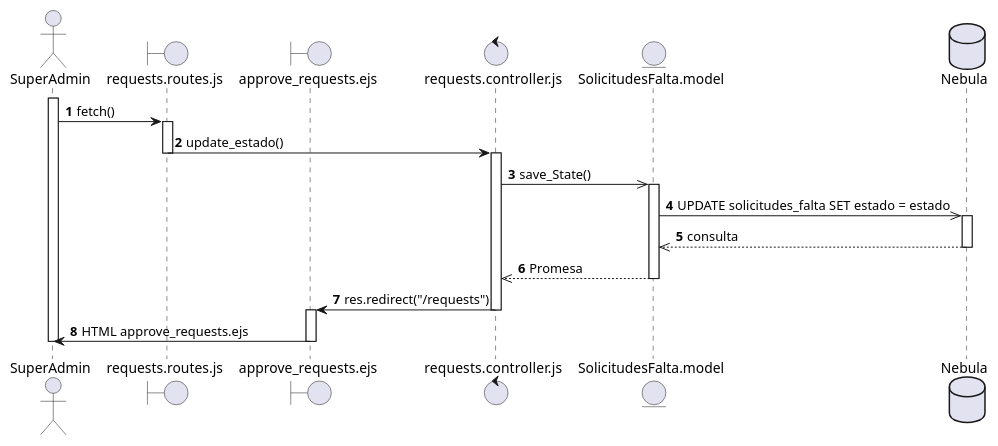
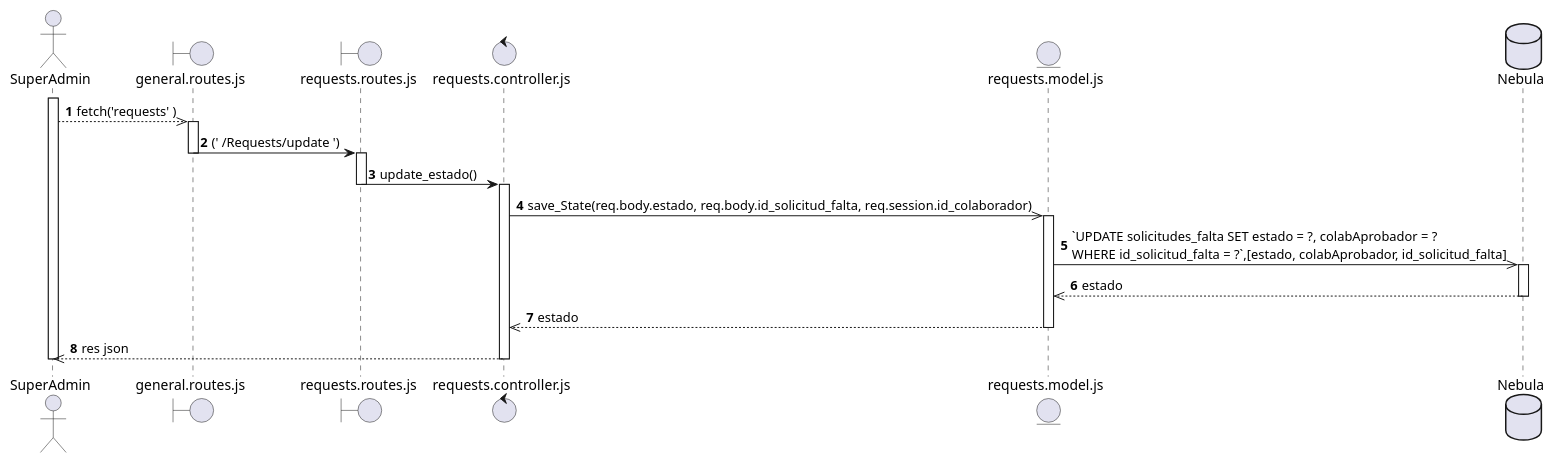
The diagram in diagramas_secuencia/req27.puml (SALV19/Nebula_tc2005b), drawn with PlantUML before and after one commit. The commit also changed 10 other files, not shown here.

```diff
--- a/diagramas_secuencia/req27.puml
+++ b/diagramas_secuencia/req27.puml
@@ -1,39 +1,39 @@
 @startuml REQ_27 SuperAdmin registra aprobación de falta
 autonumber
 actor SuperAdmin as S
+boundary general.routes.js as gr
 boundary requests.routes.js as SRoute
-' boundary general.routes.js as gr
-boundary approve_requests.ejs as Requests
 control requests.controller.js as SController
-entity SolicitudesFalta.model as SModel
+entity requests.model.js as SModel
 database Nebula as db
 
 ' ---- APROBAR SOLICITUD ----
 activate S
-S -> SRoute : fetch()
+S -->> gr : fetch('requests' )
+
+activate gr
+gr -> SRoute : (' /Requests/update ')
+deactivate gr 
+
 
 activate SRoute
 SRoute -> SController : update_estado()
 deactivate SRoute
 
 activate SController 
-SController ->> SModel : save_State()
+SController ->> SModel : save_State(req.body.estado, req.body.id_solicitud_falta, req.session.id_colaborador)
 
 activate SModel
-SModel ->> db : UPDATE solicitudes_falta SET estado = estado
+SModel ->> db : `UPDATE solicitudes_falta SET estado = ?, colabAprobador = ? \nWHERE id_solicitud_falta = ?`,[estado, colabAprobador, id_solicitud_falta]
 activate db
-db -->> SModel : consulta
+db -->> SModel : estado
 deactivate db
 
-SModel -->> SController : Promesa
+SModel -->> SController : estado
 deactivate SModel
 
-SController -> Requests : res.redirect("/requests")
+SController -->> S : res json
 deactivate SController
-
-activate Requests
-Requests -> S : HTML approve_requests.ejs
-deactivate Requests
 
 deactivate S
 @enduml
```
